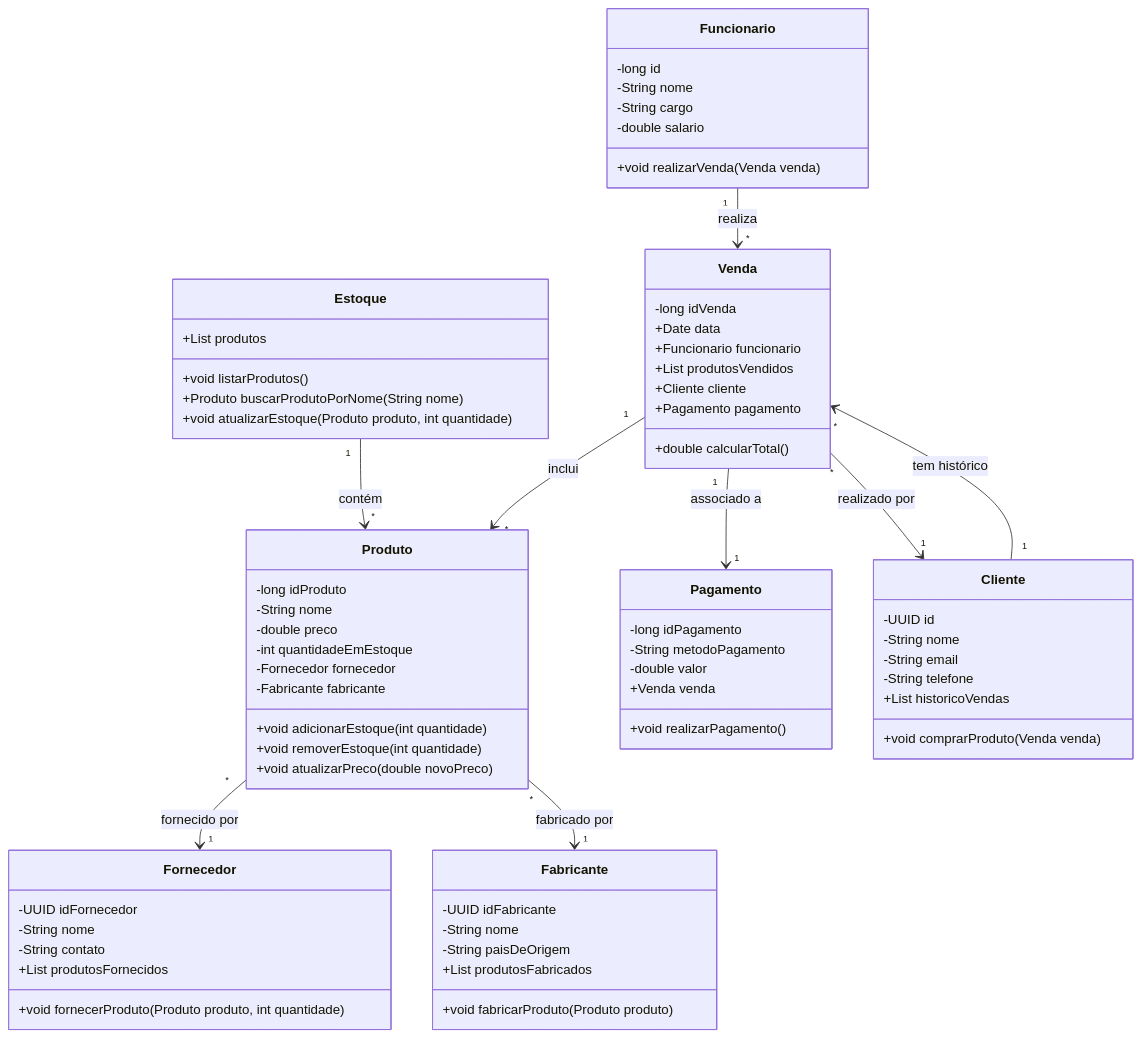
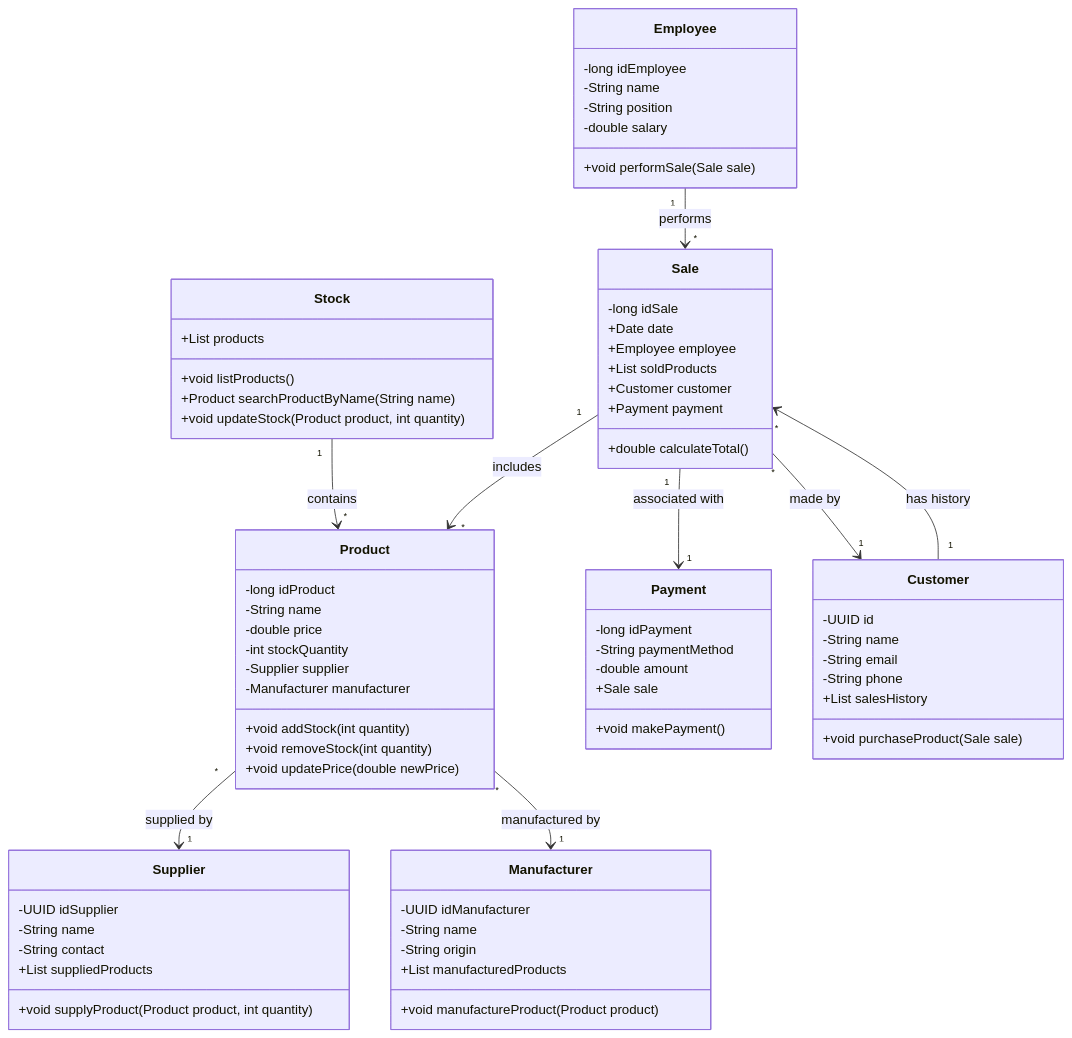
One commit to Manoel-DJS/Supplement_Stock changed the diagram in README.md. Above: the diagram before and after it, drawn with Mermaid. The commit also changed other lines of this file, not shown here.

````diff
--- a/README.md
+++ b/README.md
@@ -3,81 +3,82 @@
 ```mermaid
 classDiagram
-    class Fornecedor {
-        -UUID idFornecedor
-        -String nome
-        -String contato
-        +List<Produto> produtosFornecidos
-        +void fornecerProduto(Produto produto, int quantidade)
+    class Supplier {
+        -UUID idSupplier
+        -String name
+        -String contact
+        +List<Product> suppliedProducts
+        +void supplyProduct(Product product, int quantity)
     }
 
-    class Fabricante {
-        -UUID idFabricante
-        -String nome
-        -String paisDeOrigem
-        +List<Produto> produtosFabricados
-        +void fabricarProduto(Produto produto)
+    class Manufacturer {
+        -UUID idManufacturer
+        -String name
+        -String origin
+        +List<Product> manufacturedProducts
+        +void manufactureProduct(Product product)
     }
 
-    class Produto {
-        -long idProduto
-        -String nome
-        -double preco
-        -int quantidadeEmEstoque
-        -Fornecedor fornecedor
-        -Fabricante fabricante
-        +void adicionarEstoque(int quantidade)
-        +void removerEstoque(int quantidade)
-        +void atualizarPreco(double novoPreco)
+    class Product {
+        -long idProduct
+        -String name
+        -double price
+        -int stockQuantity
+        -Supplier supplier
+        -Manufacturer manufacturer
+        +void addStock(int quantity)
+        +void removeStock(int quantity)
+        +void updatePrice(double newPrice)
     }
 
-    class Estoque {
-        +List<Produto> produtos
-        +void listarProdutos()
-        +Produto buscarProdutoPorNome(String nome)
-        +void atualizarEstoque(Produto produto, int quantidade)
+    class Stock {
+        +List<Product> products
+        +void listProducts()
+        +Product searchProductByName(String name)
+        +void updateStock(Product product, int quantity)
     }
 
-    class Funcionario {
-        -long id
-        -String nome
-        -String cargo
-        -double salario
-        +void realizarVenda(Venda venda)
+    class Employee {
+        -long idEmployee
+        -String name
+        -String position
+        -double salary
+        +void performSale(Sale sale)
     }
 
-    class Venda {
-        -long idVenda
-        +Date data
-        +Funcionario funcionario
-        +List<Produto> produtosVendidos
-        +Cliente cliente
-        +Pagamento pagamento
-        +double calcularTotal()
+    class Sale {
+        -long idSale
+        +Date date
+        +Employee employee
+        +List<Product> soldProducts
+        +Customer customer
+        +Payment payment
+        +double calculateTotal()
     }
 
-    class Pagamento {
-        -long idPagamento
-        -String metodoPagamento
-        -double valor
-        +Venda venda
-        +void realizarPagamento()
+    class Payment {
+        -long idPayment
+        -String paymentMethod
+        -double amount
+        +Sale sale
+        +void makePayment()
     }
 
-    class Cliente {
+    class Customer {
         -UUID id
-        -String nome
+        -String name
         -String email
-        -String telefone
-        +List<Venda> historicoVendas
-        +void comprarProduto(Venda venda)
+        -String phone
+        +List<Sale> salesHistory
+        +void purchaseProduct(Sale sale)
     }
 
-    Produto "*" --> "1" Fornecedor : fornecido por
-    Produto "*" --> "1" Fabricante : fabricado por
-    Estoque "1" --> "*" Produto : contém
-    Venda "1" --> "*" Produto : inclui
-    Funcionario "1" --> "*" Venda : realiza
-    Venda "1" --> "1" Pagamento : associado a
-    Venda "*" --> "1" Cliente : realizado por
-    Cliente "1" --> "*" Venda : tem histórico
+    Product "*" --> "1" Supplier : supplied by
+    Product "*" --> "1" Manufacturer : manufactured by
+    Stock "1" --> "*" Product : contains
+    Sale "1" --> "*" Product : includes
+    Employee "1" --> "*" Sale : performs
+    Sale "1" --> "1" Payment : associated with
+    Sale "*" --> "1" Customer : made by
+    Customer "1" --> "*" Sale : has history
+
 ```
````
